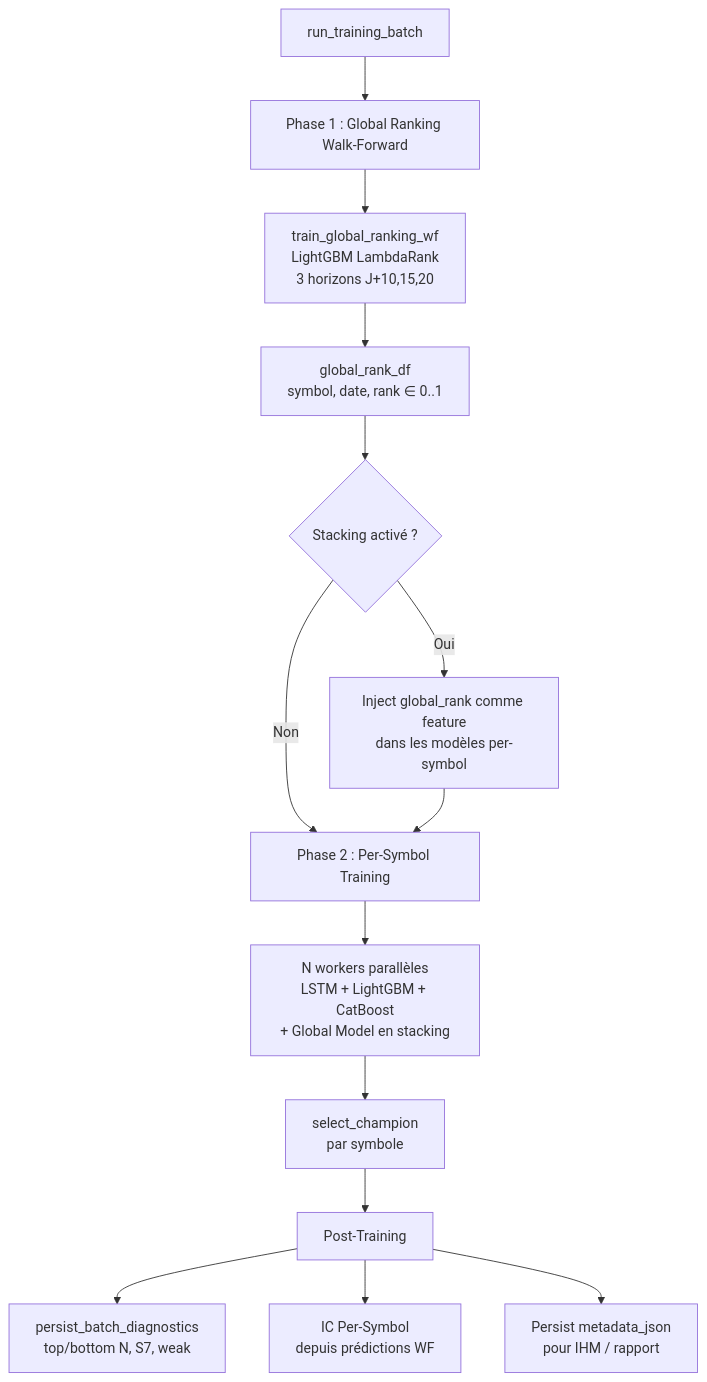
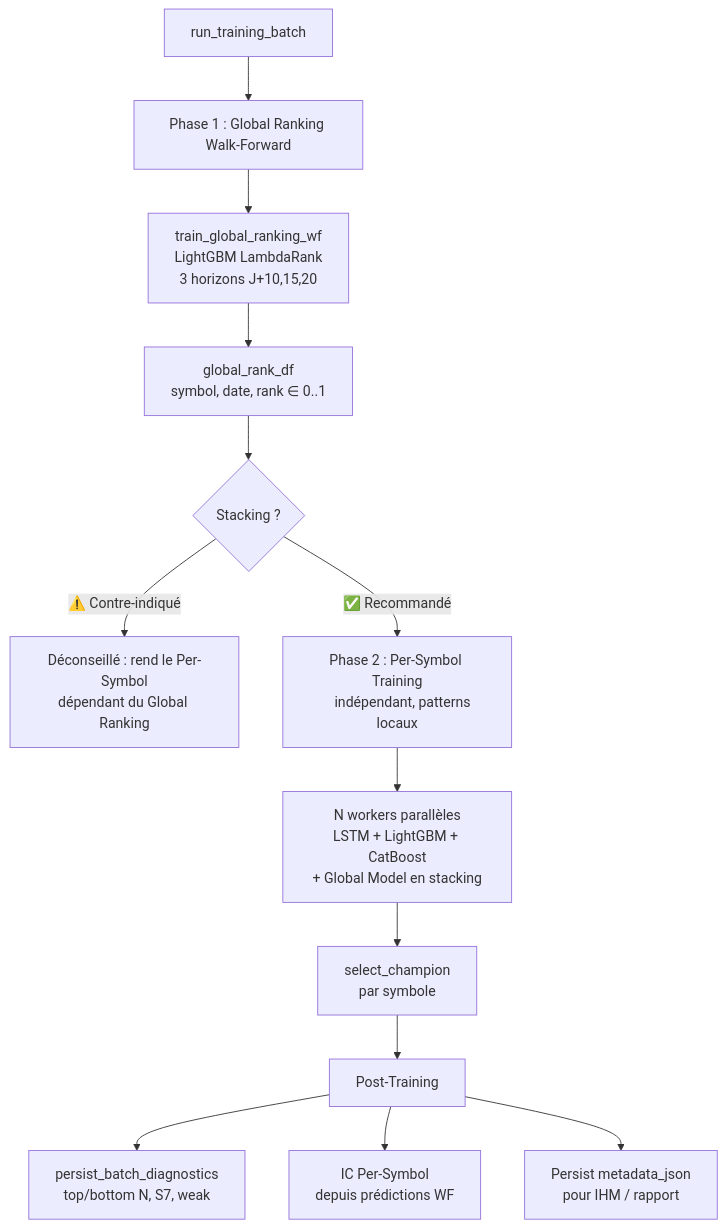
Before and after one commit to mli2000fr/alpha_trade: the diagram in doc/module_model_factory.md, drawn with Mermaid. The commit also changed other lines of this file and 2 other files, not shown here.

````diff
--- a/doc/module_model_factory.md
+++ b/doc/module_model_factory.md
@@ -49,19 +49,19 @@
 ```mermaid
 flowchart TD
     A[run_training_batch] --> B[Phase 1 : Global Ranking Walk-Forward]
     B --> B1[train_global_ranking_wf<br/>LightGBM LambdaRank<br/>3 horizons J+10,15,20]
     B1 --> B2[global_rank_df<br/>symbol, date, rank ∈ 0..1]
     
-    B2 --> C{Stacking activé ?}
-    C -->|Oui| D[Inject global_rank comme feature<br/>dans les modèles per-symbol]
-    C -->|Non| E[Phase 2 : Per-Symbol Training]
-    D --> E
+    B2 --> C{Stacking ?}
+    C -->|⚠️ Contre-indiqué| D[Déconseillé : rend le Per-Symbol<br/>dépendant du Global Ranking]
+    C -->|✅ Recommandé| E[Phase 2 : Per-Symbol Training
+    indépendant, patterns locaux]
     
     E --> E1[N workers parallèles<br/>LSTM + LightGBM + CatBoost<br/>+ Global Model en stacking]
     E1 --> E2[select_champion<br/>par symbole]
     
     E2 --> F[Post-Training]
     F --> F1[persist_batch_diagnostics<br/>top/bottom N, S7, weak]
     F --> F2[IC Per-Symbol<br/>depuis prédictions WF]
     F --> F3[Persist metadata_json<br/>pour IHM / rapport]
 ```
````
